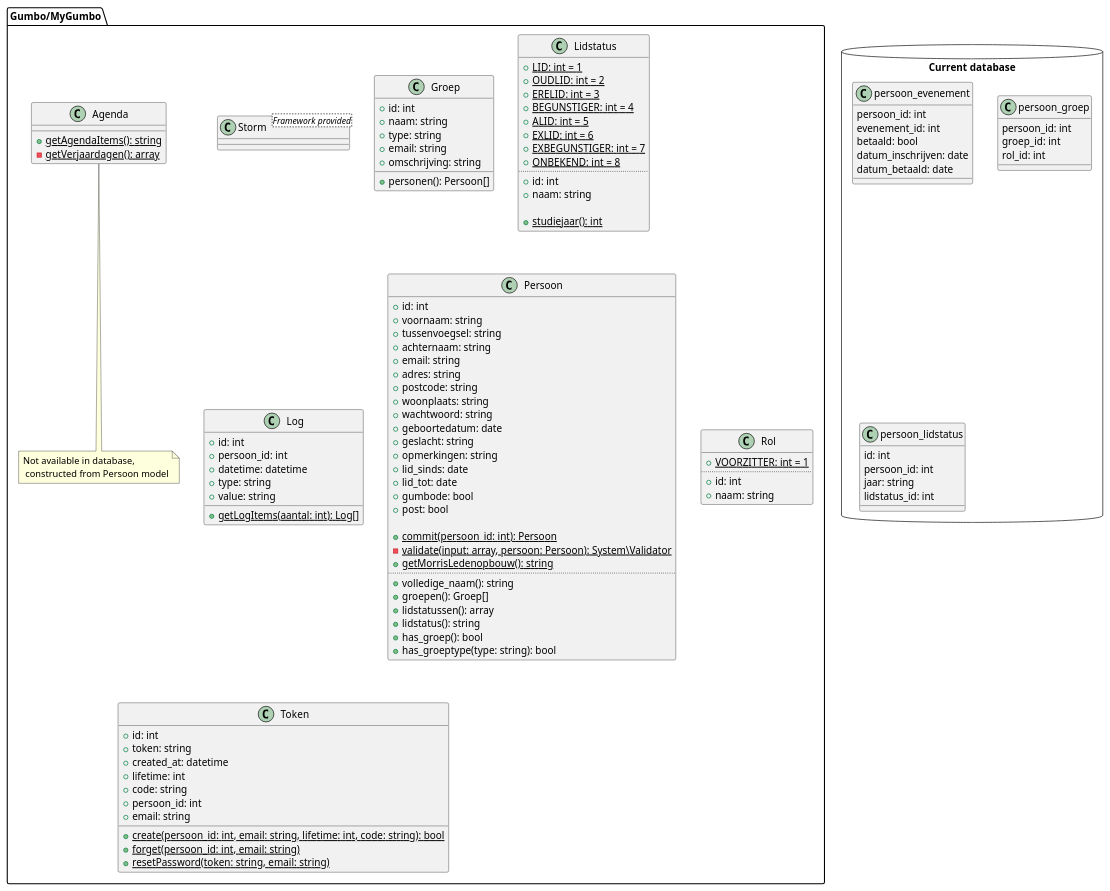
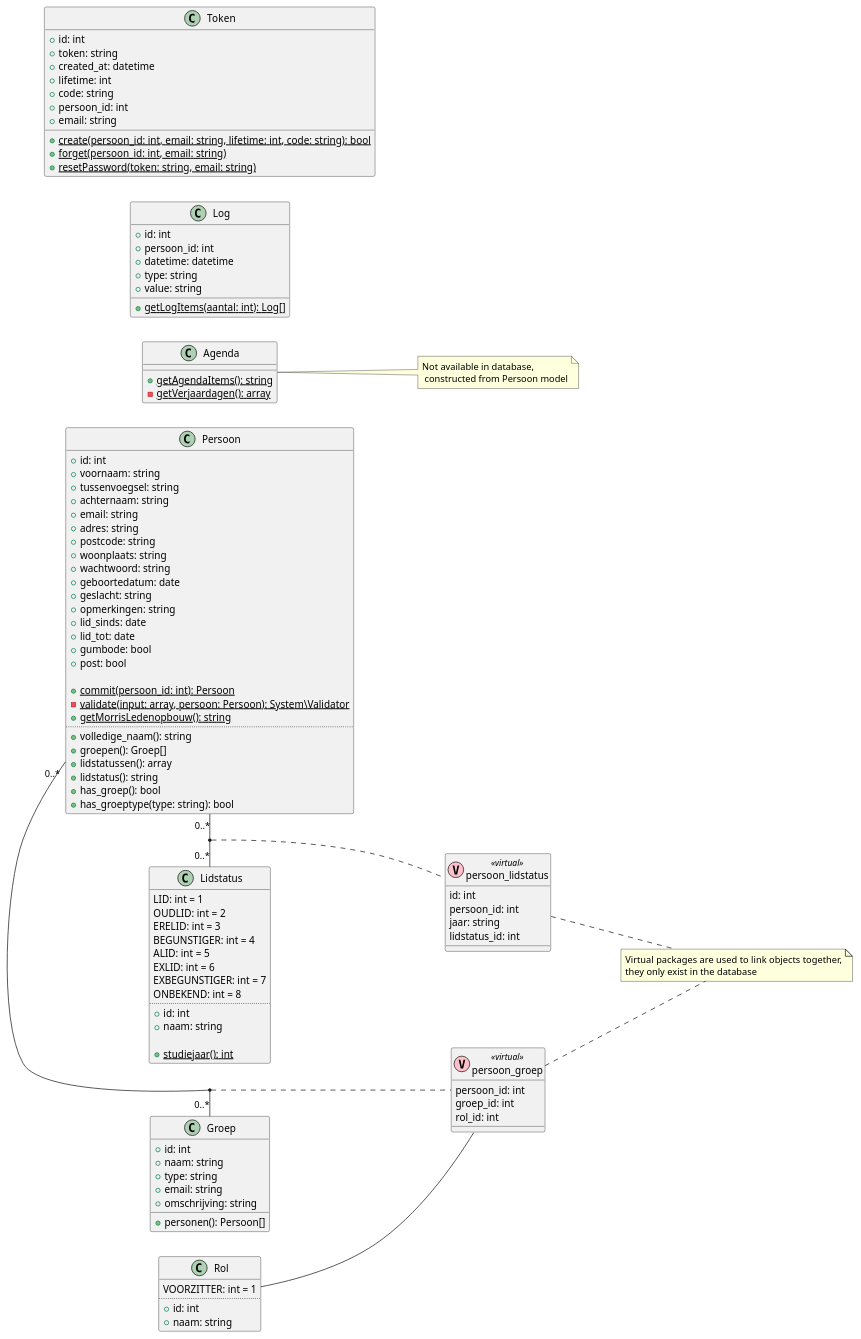
The diagram in doc/class-diagram.puml (Gumbo-Millennium/GumboAdministratie), drawn with PlantUML before and after one commit. The commit also changed 1 other file, not shown here.

Commit message:
Revised Class Diagram, again

```diff
--- a/doc/class-diagram.puml
+++ b/doc/class-diagram.puml
@@ -1,123 +1,126 @@
 @startuml
 
-package "Gumbo/MyGumbo" <<Folder>> {
-  class Storm<Framework provided>
+left to right direction
 
-  class Agenda {
-    {static} +getAgendaItems(): string
-    {static} -getVerjaardagen(): array
-  }
-  note bottom: Not available in database,\n constructed from Persoon model
+class Agenda {
+  {static} +getAgendaItems(): string
+  {static} -getVerjaardagen(): array
+}
+note right: Not available in database,\n constructed from Persoon model
 
-  class Groep {
-    +id: int
-    +naam: string
-    +type: string
-    +email: string
-    +omschrijving: string
+class Groep {
+  +id: int
+  +naam: string
+  +type: string
+  +email: string
+  +omschrijving: string
 
-    +personen(): Persoon[]
-  }
-
-  class Lidstatus {
-    {static} +LID: int = 1
-    {static} +OUDLID: int = 2
-    {static} +ERELID: int = 3
-    {static} +BEGUNSTIGER: int = 4
-    {static} +ALID: int = 5
-    {static} +EXLID: int = 6
-    {static} +EXBEGUNSTIGER: int = 7
-    {static} +ONBEKEND: int = 8
-    ..
-    +id: int
-    +naam: string
-
-    {static} +studiejaar(): int
-  }
-
-  class Log {
-    +id: int
-    +persoon_id: int
-    +datetime: datetime
-    +type: string
-    +value: string
-
-    {static} +getLogItems(aantal: int): Log[]
-  }
-
-  class Persoon {
-    +id: int
-    +voornaam: string
-    +tussenvoegsel: string
-    +achternaam: string
-    +email: string
-    +adres: string
-    +postcode: string
-    +woonplaats: string
-    +wachtwoord: string
-    +geboortedatum: date
-    +geslacht: string
-    +opmerkingen: string
-    +lid_sinds: date
-    +lid_tot: date
-    +gumbode: bool
-    +post: bool
-
-    {static} +commit(persoon_id: int): Persoon
-    {static} -validate(input: array, persoon: Persoon): System\Validator
-    {static} +getMorrisLedenopbouw(): string
-    ..
-    +volledige_naam(): string
-    +groepen(): Groep[]
-    +lidstatussen(): array
-    +lidstatus(): string
-    +has_groep(): bool
-    +has_groeptype(type: string): bool
-  }
-
-  class Rol {
-    {static} +VOORZITTER: int = 1
-    ..
-    +id: int
-    +naam: string
-  }
-
-  class Token {
-    +id: int
-    +token: string
-    +created_at: datetime
-    +lifetime: int
-    +code: string
-    +persoon_id: int
-    +email: string
-
-    {static} +create(persoon_id: int, email: string, lifetime: int, code: string): bool
-    {static} +forget(persoon_id: int, email: string)
-    {static} +resetPassword(token: string, email: string)
-  }
+  +personen(): Persoon[]
 }
 
-package "Current database" <<Database>> {
-  class persoon_evenement {
-    persoon_id: int
-    evenement_id: int
-    betaald: bool
-    datum_inschrijven: date
-    datum_betaald: date
-  }
-  class persoon_groep {
-    persoon_id: int
-    groep_id: int
-    rol_id: int
-  }
-  class persoon_lidstatus {
-    id: int
-    persoon_id: int
-    jaar: string
-    lidstatus_id: int
-  }
+class Lidstatus {
+  LID: int = 1
+  OUDLID: int = 2
+  ERELID: int = 3
+  BEGUNSTIGER: int = 4
+  ALID: int = 5
+  EXLID: int = 6
+  EXBEGUNSTIGER: int = 7
+  ONBEKEND: int = 8
+  ..
+  +id: int
+  +naam: string
+
+  {static} +studiejaar(): int
 }
 
-hide Storm
+class Log {
+  +id: int
+  +persoon_id: int
+  +datetime: datetime
+  +type: string
+  +value: string
+
+  {static} +getLogItems(aantal: int): Log[]
+}
+
+class Persoon {
+  +id: int
+  +voornaam: string
+  +tussenvoegsel: string
+  +achternaam: string
+  +email: string
+  +adres: string
+  +postcode: string
+  +woonplaats: string
+  +wachtwoord: string
+  +geboortedatum: date
+  +geslacht: string
+  +opmerkingen: string
+  +lid_sinds: date
+  +lid_tot: date
+  +gumbode: bool
+  +post: bool
+
+  {static} +commit(persoon_id: int): Persoon
+  {static} -validate(input: array, persoon: Persoon): System\Validator
+  {static} +getMorrisLedenopbouw(): string
+  ..
+  +volledige_naam(): string
+  +groepen(): Groep[]
+  +lidstatussen(): array
+  +lidstatus(): string
+  +has_groep(): bool
+  +has_groeptype(type: string): bool
+}
+
+class Rol {
+  VOORZITTER: int = 1
+  ..
+  +id: int
+  +naam: string
+}
+
+class Token {
+  +id: int
+  +token: string
+  +created_at: datetime
+  +lifetime: int
+  +code: string
+  +persoon_id: int
+  +email: string
+
+  {static} +create(persoon_id: int, email: string, lifetime: int, code: string): bool
+  {static} +forget(persoon_id: int, email: string)
+  {static} +resetPassword(token: string, email: string)
+}
+
+class persoon_groep << (V,pink) virtual >> {
+  persoon_id: int
+  groep_id: int
+  rol_id: int
+}
+class persoon_lidstatus << (V,pink) virtual >> {
+  id: int
+  persoon_id: int
+  jaar: string
+  lidstatus_id: int
+}
+
+Persoon "0..*" - "0..*" Groep
+(Persoon, Groep) .. persoon_groep
+
+Persoon "0..*" - "0..*" Lidstatus
+(Persoon, Lidstatus) .. persoon_lidstatus
+
+Rol -- persoon_groep
+
+note as N1
+  Virtual packages are used to link objects together,
+  they only exist in the database
+end note
+
+persoon_groep .. N1
+persoon_lidstatus .. N1
 
 @enduml
```
